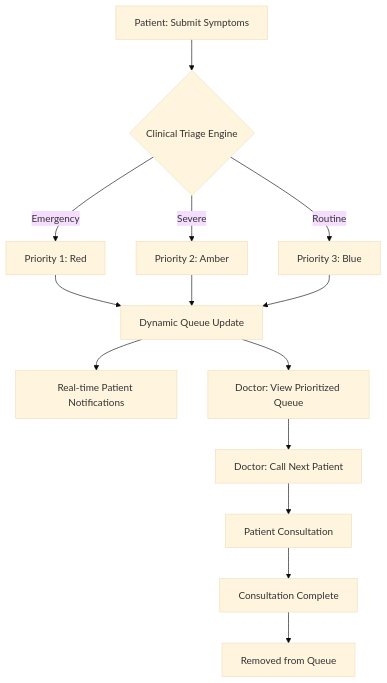
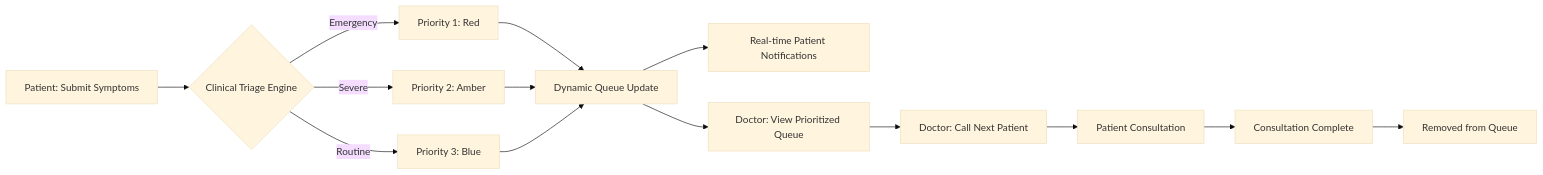
Before and after one commit to PRAVEENYADAV2/health-queue: the first of 3 diagrams in DIAGRAMS.md, drawn with Mermaid (base theme).

Commit message:
docs: Add architecture diagram and component breakdown to `DIAGRAMS.md`.

````diff
--- a/DIAGRAMS.md
+++ b/DIAGRAMS.md
@@ -9,19 +9,14 @@
 ```mermaid
-graph TD
+graph LR
     A[Patient: Submit Symptoms] --> B{Clinical Triage Engine}
     B -- Emergency --> C[Priority 1: Red]
     B -- Severe --> D[Priority 2: Amber]
     B -- Routine --> E[Priority 3: Blue]
     
-    C --> F[Dynamic Queue Update]
-    D --> F
-    E --> F
+    C & D & E --> F[Dynamic Queue Update]
     
     F --> G[Real-time Patient Notifications]
     F --> H[Doctor: View Prioritized Queue]
     
-    H --> I[Doctor: Call Next Patient]
-    I --> J[Patient Consultation]
-    J --> K[Consultation Complete]
-    K --> L[Removed from Queue]
+    H --> I[Doctor: Call Next Patient] --> J[Patient Consultation] --> K[Consultation Complete] --> L[Removed from Queue]
 ```
````
